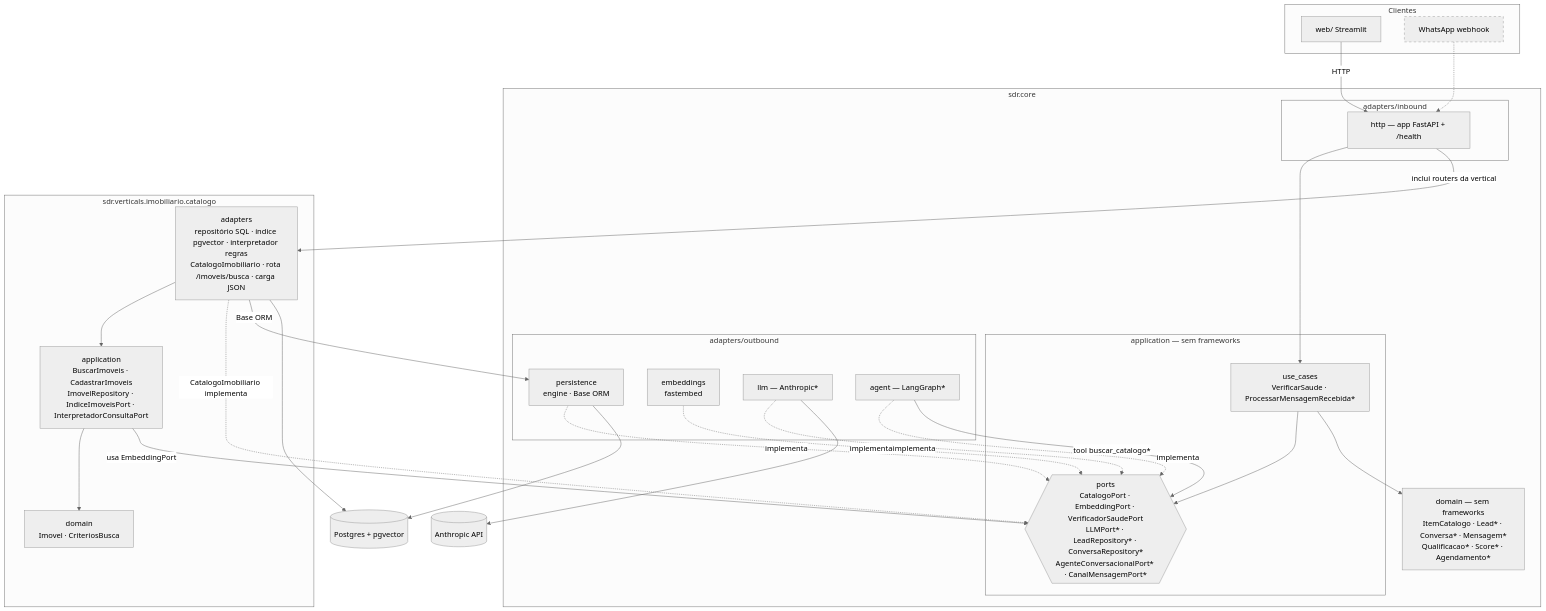
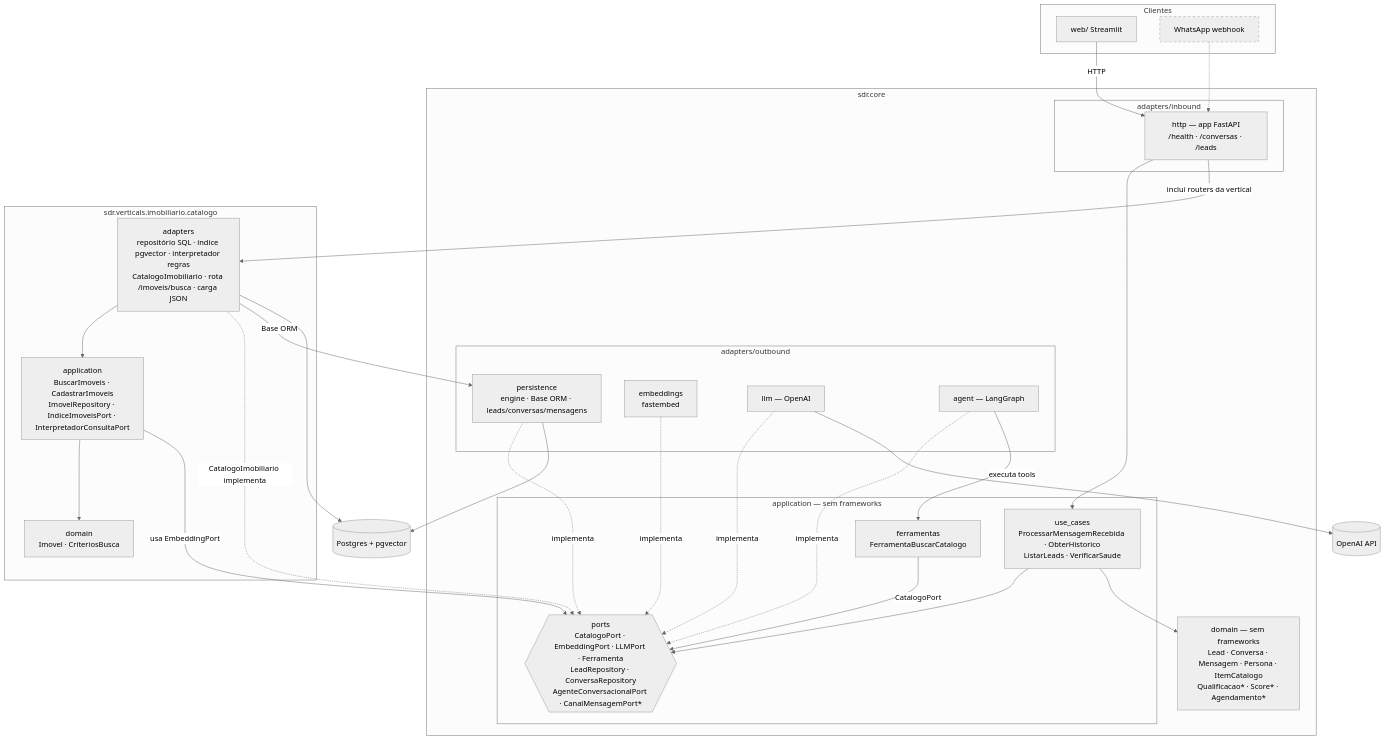
One commit to amaranini/tech-challenge-fase-5 changed the third of 9 diagrams in docs/arquitetura.md. Above: the diagram before and after it, drawn with Mermaid (neutral theme). The commit also changed other lines of this file and 56 other files, not shown here.

First line of the commit message:
Etapa C: agente conversacional (LangGraph + OpenAI) com memória e chat Streamlit

````diff
--- a/docs/arquitetura.md
+++ b/docs/arquitetura.md
@@ -80,55 +83,57 @@
 ```mermaid
 flowchart TB
     subgraph clientes[Clientes]
         web[web/ Streamlit]
         wpp[WhatsApp webhook]:::futuro
     end
 
     subgraph core[sdr.core]
         subgraph cin[adapters/inbound]
-            http[http — app FastAPI + /health]
+            http[http — app FastAPI<br/>/health · /conversas · /leads]
         end
         subgraph capp[application — sem frameworks]
-            cuc[use_cases<br/>VerificarSaude · ProcessarMensagemRecebida*]
-            cports{{ports<br/>CatalogoPort · EmbeddingPort · VerificadorSaudePort<br/>LLMPort* · LeadRepository* · ConversaRepository*<br/>AgenteConversacionalPort* · CanalMensagemPort*}}
+            cuc[use_cases<br/>ProcessarMensagemRecebida · ObterHistorico<br/>ListarLeads · VerificarSaude]
+            cports{{ports<br/>CatalogoPort · EmbeddingPort · LLMPort · Ferramenta<br/>LeadRepository · ConversaRepository<br/>AgenteConversacionalPort · CanalMensagemPort*}}
+            cferr[ferramentas<br/>FerramentaBuscarCatalogo]
         end
-        cdom[domain — sem frameworks<br/>ItemCatalogo · Lead* · Conversa* · Mensagem*<br/>Qualificacao* · Score* · Agendamento*]
+        cdom[domain — sem frameworks<br/>Lead · Conversa · Mensagem · Persona · ItemCatalogo<br/>Qualificacao* · Score* · Agendamento*]
         subgraph cout[adapters/outbound]
-            persist[persistence<br/>engine · Base ORM]
+            persist[persistence<br/>engine · Base ORM · leads/conversas/mensagens]
             emb[embeddings<br/>fastembed]
-            llm[llm — Anthropic*]
-            agent[agent — LangGraph*]
+            llm[llm — OpenAI]
+            agent[agent — LangGraph]
         end
     end
 
     subgraph vcat[sdr.verticals.imobiliario.catalogo]
         vdom[domain<br/>Imovel · CriteriosBusca]
         vapp[application<br/>BuscarImoveis · CadastrarImoveis<br/>ImovelRepository · IndiceImoveisPort · InterpretadorConsultaPort]
         vad[adapters<br/>repositório SQL · índice pgvector · interpretador regras<br/>CatalogoImobiliario · rota /imoveis/busca · carga JSON]
     end
 
     pg[(Postgres + pgvector)]
-    claude[(Anthropic API)]
+    openaiapi[(OpenAI API)]
 
     web -- HTTP --> http
     wpp -.-> http
     http --> cuc --> cports
     cuc --> cdom
     persist -. implementa .-> cports
     emb -. implementa .-> cports
     llm -. implementa .-> cports
     agent -. implementa .-> cports
-    agent -- "tool buscar_catalogo*" --> cports
+    agent -- "executa tools" --> cferr
+    cferr -- CatalogoPort --> cports
 
     vad --> vapp --> vdom
     vad -. "CatalogoImobiliario implementa" .-> cports
     vapp -- usa EmbeddingPort --> cports
     vad -- "Base ORM" --> persist
     http -- "inclui routers da vertical" --> vad
 
     persist --> pg
     vad --> pg
-    llm --> claude
+    llm --> openaiapi
 
     classDef futuro stroke-dasharray: 5 5
 ```
````
